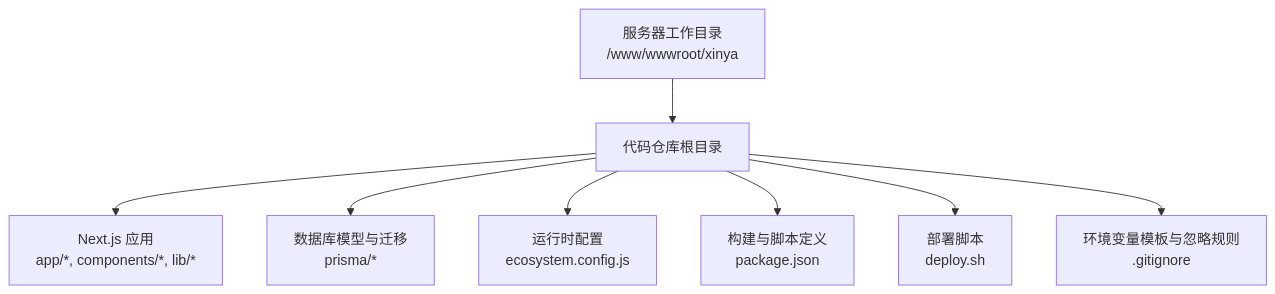
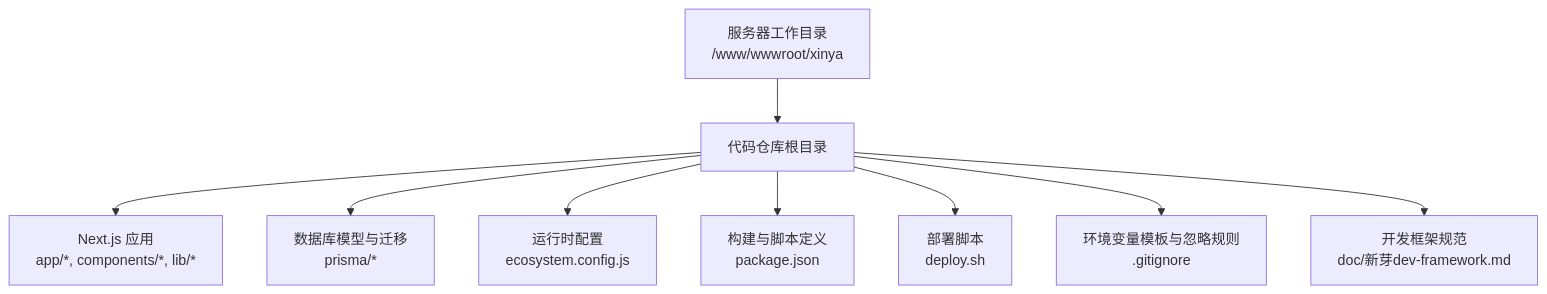
One commit to kangkang919/xinya changed the first of 3 diagrams in .qoder/repowiki/zh/content/部署与运维/部署流程.md. Above: the diagram before and after it, drawn with Mermaid. The commit also changed other lines of this file and 13 other files, not shown here.

````diff
--- a/.qoder/repowiki/zh/content/部署与运维/部署流程.md
+++ b/.qoder/repowiki/zh/content/部署与运维/部署流程.md
@@ -35,10 +43,11 @@
 ```mermaid
 graph TB
 A["服务器工作目录<br/>/www/wwwroot/xinya"] --> B["代码仓库根目录"]
 B --> C["Next.js 应用<br/>app/*, components/*, lib/*"]
 B --> D["数据库模型与迁移<br/>prisma/*"]
 B --> E["运行时配置<br/>ecosystem.config.js"]
 B --> F["构建与脚本定义<br/>package.json"]
 B --> G["部署脚本<br/>deploy.sh"]
 B --> H["环境变量模板与忽略规则<br/>.gitignore"]
+B --> I["开发框架规范<br/>doc/新芽dev-framework.md"]
 ```
````
